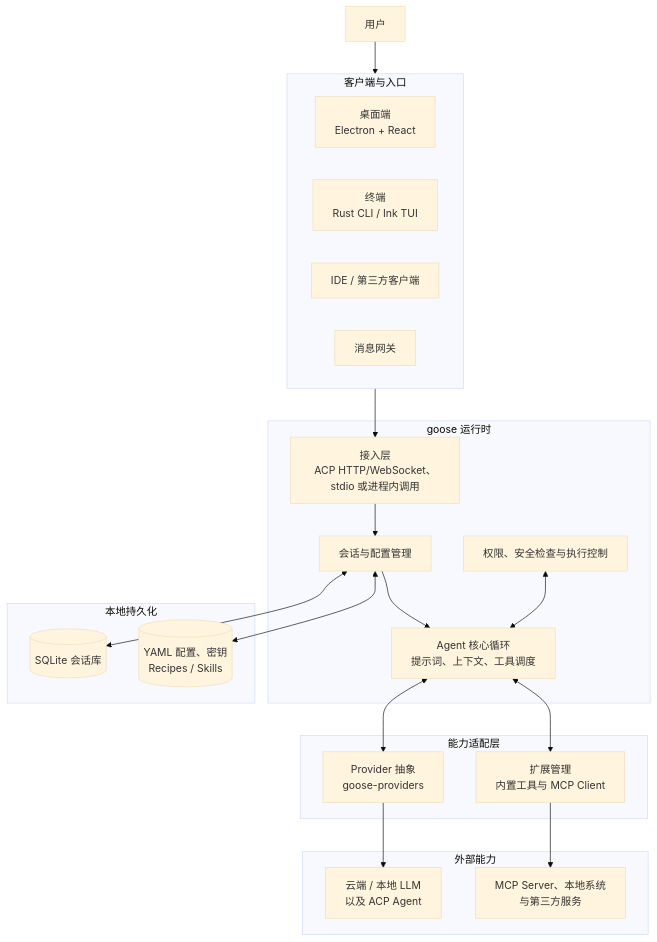
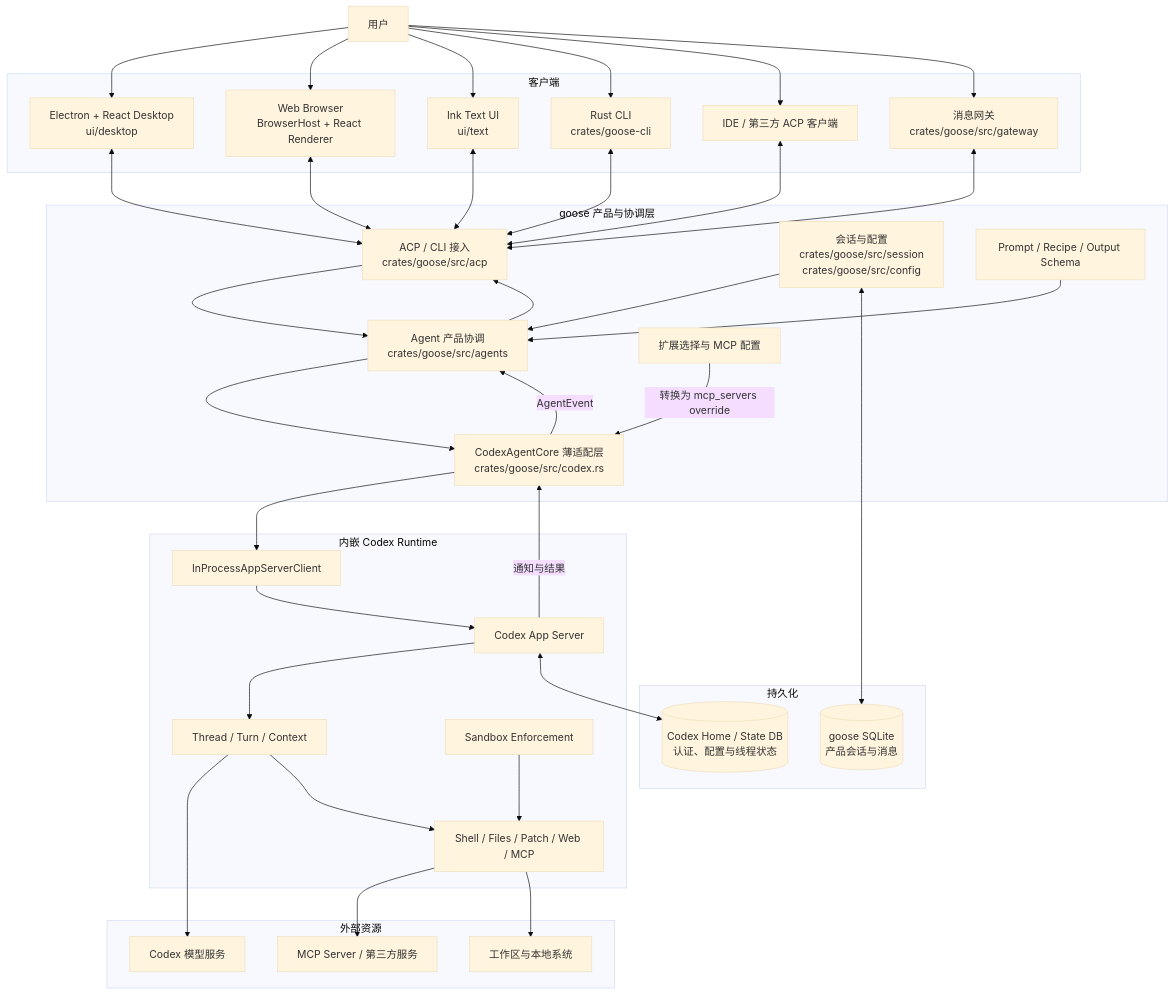
Before and after one commit to wdaike/ai-goose: the first of 2 diagrams in ARCHITECTURE.md, drawn with Mermaid (base theme). The commit also changed other lines of this file and 32 other files, not shown here.

````diff
--- a/ARCHITECTURE.md
+++ b/ARCHITECTURE.md
@@ -5,43 +13,69 @@
 ```mermaid
 flowchart TB
-    User[用户]
+    User["用户"]
 
-    subgraph Clients[客户端与入口]
-        Desktop[桌面端<br/>Electron + React]
-        Terminal[终端<br/>Rust CLI / Ink TUI]
-        ThirdParty[IDE / 第三方客户端]
-        Gateway[消息网关]
+    subgraph Clients["客户端"]
+        Desktop["Electron + React Desktop<br/>ui/desktop"]
+        Browser["Web Browser<br/>BrowserHost + React Renderer"]
+        TextUI["Ink Text UI<br/>ui/text"]
+        CLI["Rust CLI<br/>crates/goose-cli"]
+        ThirdParty["IDE / 第三方 ACP 客户端"]
+        Gateway["消息网关<br/>crates/goose/src/gateway"]
     end
 
-    subgraph Runtime[goose 运行时]
-        Access[接入层<br/>ACP HTTP/WebSocket、stdio 或进程内调用]
-        Session[会话与配置管理]
-        Agent[Agent 核心循环<br/>提示词、上下文、工具调度]
-        Guard[权限、安全检查与执行控制]
-
-        Access --> Session --> Agent
-        Guard <--> Agent
+    subgraph Goose["goose 产品与协调层"]
+        Access["ACP / CLI 接入<br/>crates/goose/src/acp"]
+        Agent["Agent 产品协调<br/>crates/goose/src/agents"]
+        Session["会话与配置<br/>crates/goose/src/session<br/>crates/goose/src/config"]
+        Prompt["Prompt / Recipe / Output Schema"]
+        Extension["扩展选择与 MCP 配置"]
+        Adapter["CodexAgentCore 薄适配层<br/>crates/goose/src/codex.rs"]
     end
 
-    subgraph Integrations[能力适配层]
-        Provider[Provider 抽象<br/>goose-providers]
-        Extension[扩展管理<br/>内置工具与 MCP Client]
+    subgraph Codex["内嵌 Codex Runtime"]
+        Client["InProcessAppServerClient"]
+        AppServer["Codex App Server"]
+        Thread["Thread / Turn / Context"]
+        RuntimeTools["Shell / Files / Patch / Web / MCP"]
+        Sandbox["Sandbox Enforcement"]
     end
 
-    subgraph External[外部能力]
-        Models[云端 / 本地 LLM<br/>以及 ACP Agent]
-        Tools[MCP Server、本地系统<br/>与第三方服务]
+    subgraph External["外部资源"]
+        Model["Codex 模型服务"]
+        MCP["MCP Server / 第三方服务"]
+        LocalSystem["工作区与本地系统"]
     end
 
-    subgraph Storage[本地持久化]
-        SessionDB[(SQLite 会话库)]
-        Config[(YAML 配置、密钥<br/>Recipes / Skills)]
+    subgraph Storage["持久化"]
+        GooseDB[("goose SQLite<br/>产品会话与消息")]
+        CodexHome[("Codex Home / State DB<br/>认证、配置与线程状态")]
     end
 
-    User --> Clients
-    Clients --> Access
-    Agent <--> Provider --> Models
-    Agent <--> Extension --> Tools
-    Session <--> SessionDB
-    Session <--> Config
+    User --> Desktop
+    User --> Browser
+    User --> TextUI
+    User --> CLI
+    User --> ThirdParty
+    User --> Gateway
+    Desktop <--> Access
+    Browser <--> Access
+    TextUI <--> Access
+    CLI <--> Access
+    ThirdParty <--> Access
+    Gateway <--> Access
+    Access --> Agent --> Adapter --> Client --> AppServer
+    Session --> Agent
+    Prompt --> Agent
+    Extension -->|"转换为 mcp_servers override"| Adapter
+    AppServer --> Thread
+    Thread --> Model
+    Thread --> RuntimeTools
+    Sandbox --> RuntimeTools
+    RuntimeTools --> MCP
+    RuntimeTools --> LocalSystem
+    AppServer -->|"通知与结果"| Adapter
+    Adapter -->|"AgentEvent"| Agent
+    Agent --> Access
+    Session <--> GooseDB
+    AppServer <--> CodexHome
 ```
````
